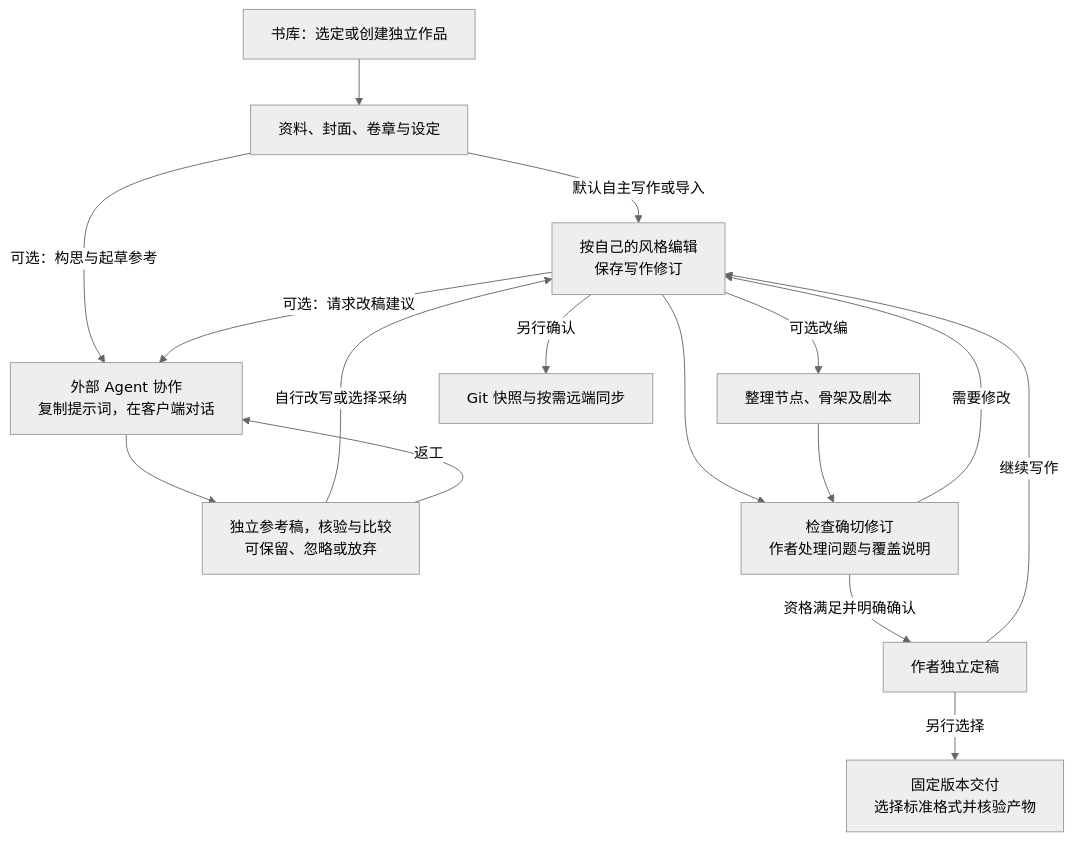
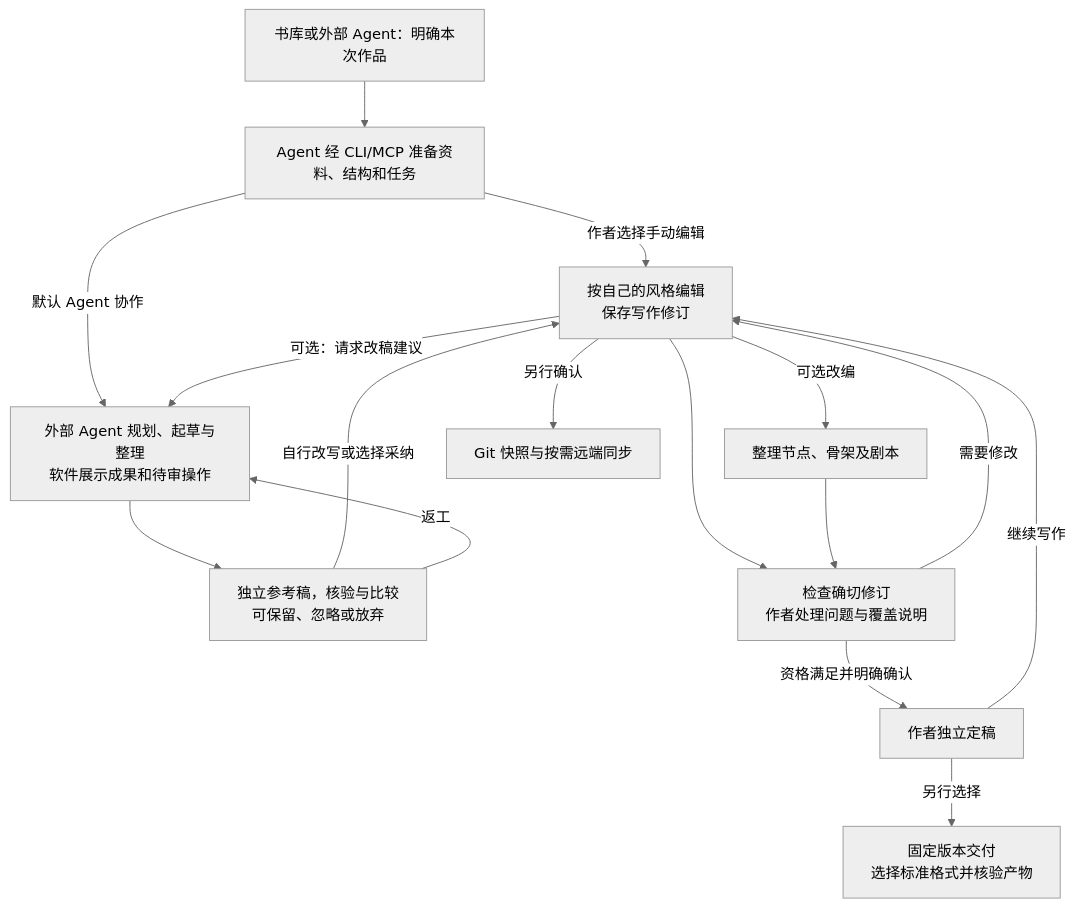
Before and after one commit to limecloud/hetu: diagram 28 of 48 in docs/23-业务流程与MCP时序.md, drawn with Mermaid (neutral theme). The commit also changed other lines of this file and 993 other files, not shown here.

````diff
--- a/docs/23-业务流程与MCP时序.md
+++ b/docs/23-业务流程与MCP时序.md
@@ -737,18 +763,18 @@
 ```mermaid
 flowchart TD
-    library["书库：选定或创建独立作品"] --> organize["资料、封面、卷章与设定"]
-    organize -->|"默认自主写作或导入"| writing["按自己的风格编辑<br/>保存写作修订"]
-    organize -->|"可选：构思与起草参考"| handoff["外部 Agent 协作<br/>复制提示词，在客户端对话"]
+    library["书库或外部 Agent：明确本次作品"] --> organize["Agent 经 CLI/MCP 准备资料、结构和任务"]
+    organize -->|"作者选择手动编辑"| writing["按自己的风格编辑<br/>保存写作修订"]
+    organize -->|"默认 Agent 协作"| handoff["外部 Agent 规划、起草与整理<br/>软件展示成果和待审操作"]
     writing -->|"可选：请求改稿建议"| handoff
     handoff --> receive["独立参考稿，核验与比较<br/>可保留、忽略或放弃"]
     receive -->|"自行改写或选择采纳"| writing
     receive -->|"返工"| handoff
     writing -->|"可选改编"| adaptation["整理节点、骨架及剧本"]
     writing --> check["检查确切修订<br/>作者处理问题与覆盖说明"]
     writing -->|"另行确认"| git["Git 快照与按需远端同步"]
     adaptation --> check
     check -->|"需要修改"| writing
     check -->|"资格满足并明确确认"| final["作者独立定稿"]
     final -->|"继续写作"| writing
     final -->|"另行选择"| bundle["固定版本交付<br/>选择标准格式并核验产物"]
 ```
````
